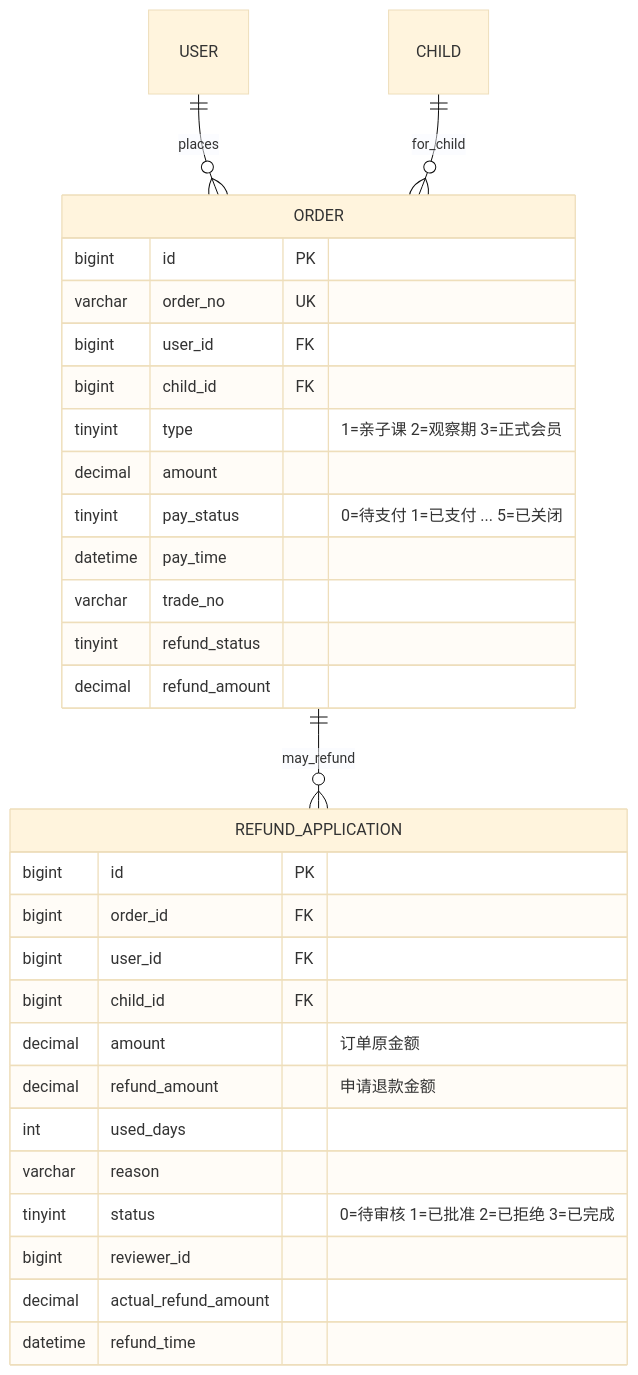
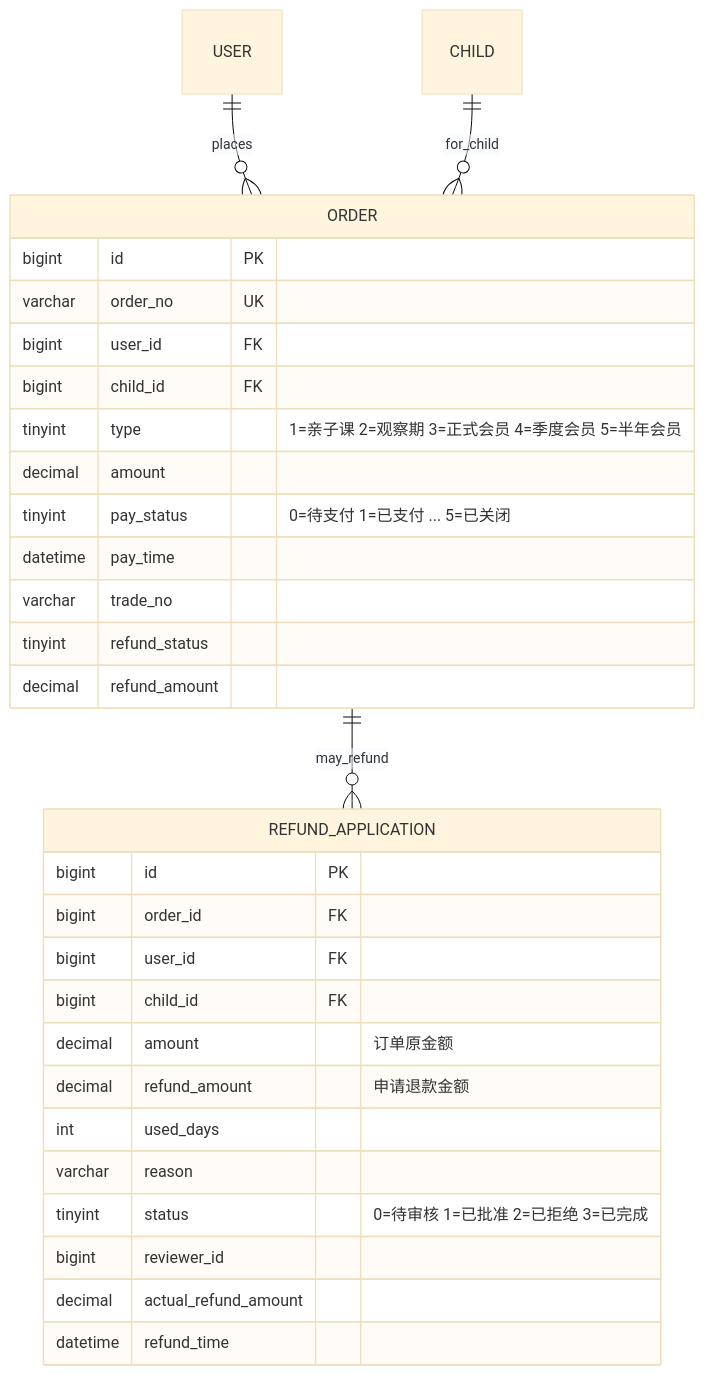
Before and after one commit to leechunwoo0815/librio: diagram 19 of 28 in PRD/UML-ER.md, drawn with Mermaid (base theme). The commit also changed other lines of this file and 48 other files, not shown here.

````diff
--- a/PRD/UML-ER.md
+++ b/PRD/UML-ER.md
@@ -573,35 +573,35 @@
 ```mermaid
 erDiagram
     ORDER {
         bigint id PK
         varchar order_no UK
         bigint user_id FK
         bigint child_id FK
-        tinyint type "1=亲子课 2=观察期 3=正式会员"
+        tinyint type "1=亲子课 2=观察期 3=正式会员 4=季度会员 5=半年会员"
         decimal amount
         tinyint pay_status "0=待支付 1=已支付 ... 5=已关闭"
         datetime pay_time
         varchar trade_no
         tinyint refund_status
         decimal refund_amount
     }
 
     REFUND_APPLICATION {
         bigint id PK
         bigint order_id FK
         bigint user_id FK
         bigint child_id FK
         decimal amount "订单原金额"
         decimal refund_amount "申请退款金额"
         int used_days
         varchar reason
         tinyint status "0=待审核 1=已批准 2=已拒绝 3=已完成"
         bigint reviewer_id
         decimal actual_refund_amount
         datetime refund_time
     }
 
     USER ||--o{ ORDER : "places"
     CHILD ||--o{ ORDER : "for_child"
     ORDER ||--o{ REFUND_APPLICATION : "may_refund"
 ```
````
